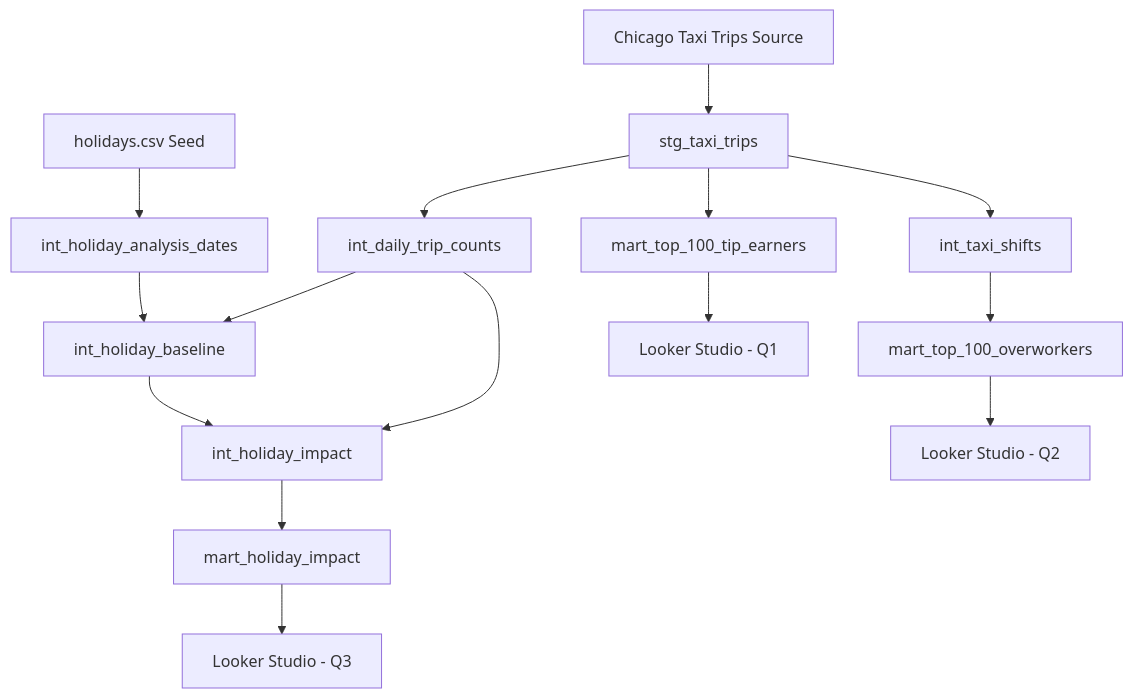
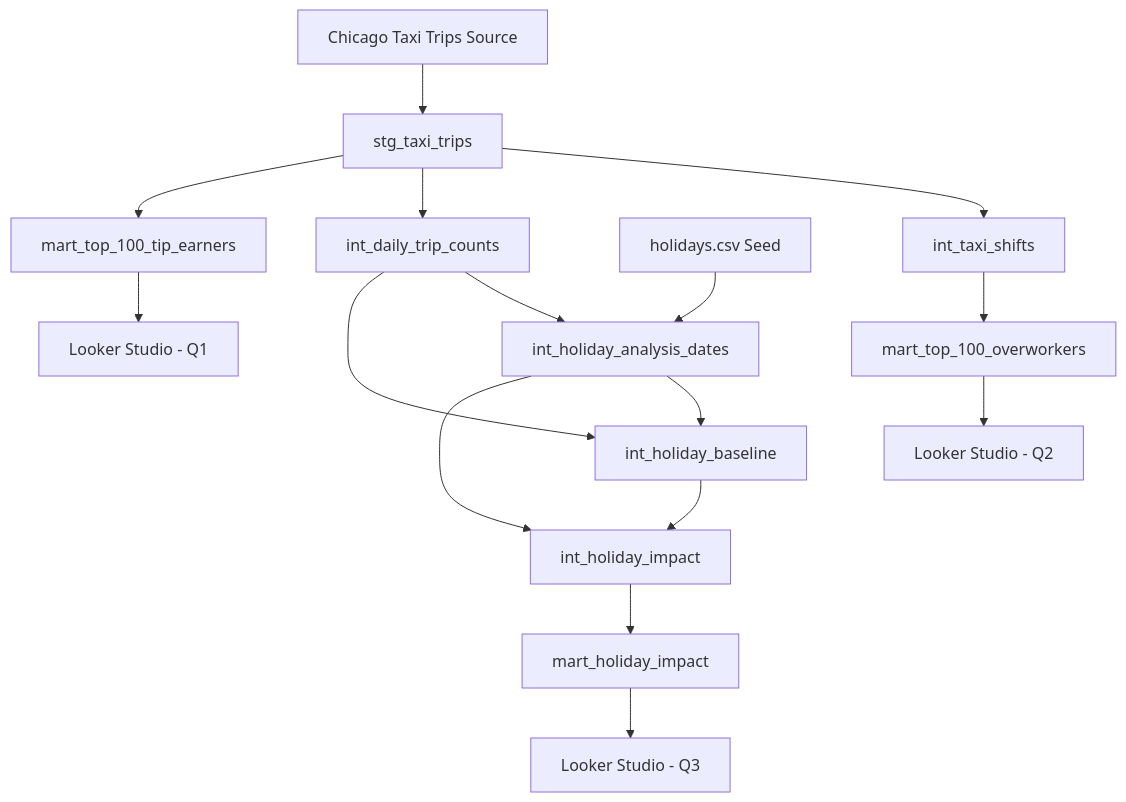
One commit to umarfaridjalaluddin-coder/chicago-taxi-analytics changed the diagram in README.md. Above: the diagram before and after it, drawn with Mermaid. The commit also changed other lines of this file, not shown here.

````diff
--- a/README.md
+++ b/README.md
@@ -76,25 +80,24 @@
 ```mermaid
 flowchart TD
 
     A[Chicago Taxi Trips Source] --> B[stg_taxi_trips]
 
     B --> C[int_taxi_shifts]
     B --> D[int_daily_trip_counts]
-    B --> E[mart_top_100_tip_earners]
 
-    C --> F[mart_top_100_overworkers]
+    H[holidays.csv Seed] --> E[int_holiday_analysis_dates]
 
-    H[holidays.csv Seed] --> I[int_holiday_analysis_dates]
+    D --> E
+    D --> F[int_holiday_baseline]
+    E --> F
+    E --> G[int_holiday_impact]
+    F --> G
 
-    I --> J[int_holiday_baseline]
-    D --> J
+    B --> M1[mart_top_100_tip_earners]
+    C --> M2[mart_top_100_overworkers]
+    G --> M3[mart_holiday_impact]
 
-    J --> K[int_holiday_impact]
-    D --> K
-
-    K --> L[mart_holiday_impact]
-
-    E --> M[Looker Studio - Q1]
-    F --> N[Looker Studio - Q2]
-    L --> O[Looker Studio - Q3]
+    M1 --> L1[Looker Studio - Q1]
+    M2 --> L2[Looker Studio - Q2]
+    M3 --> L3[Looker Studio - Q3]
 ```
````
